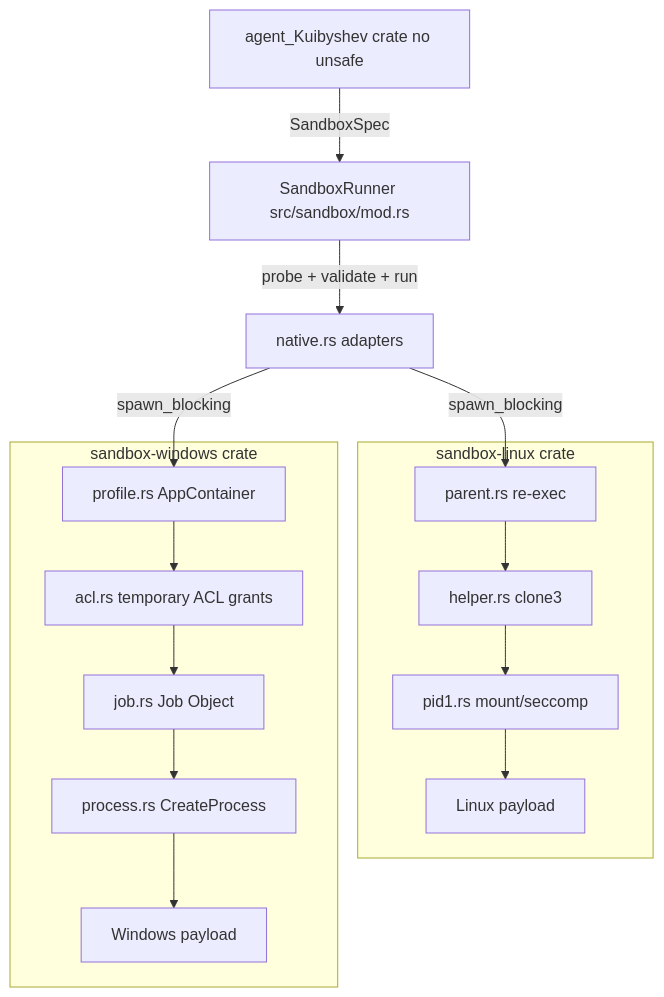
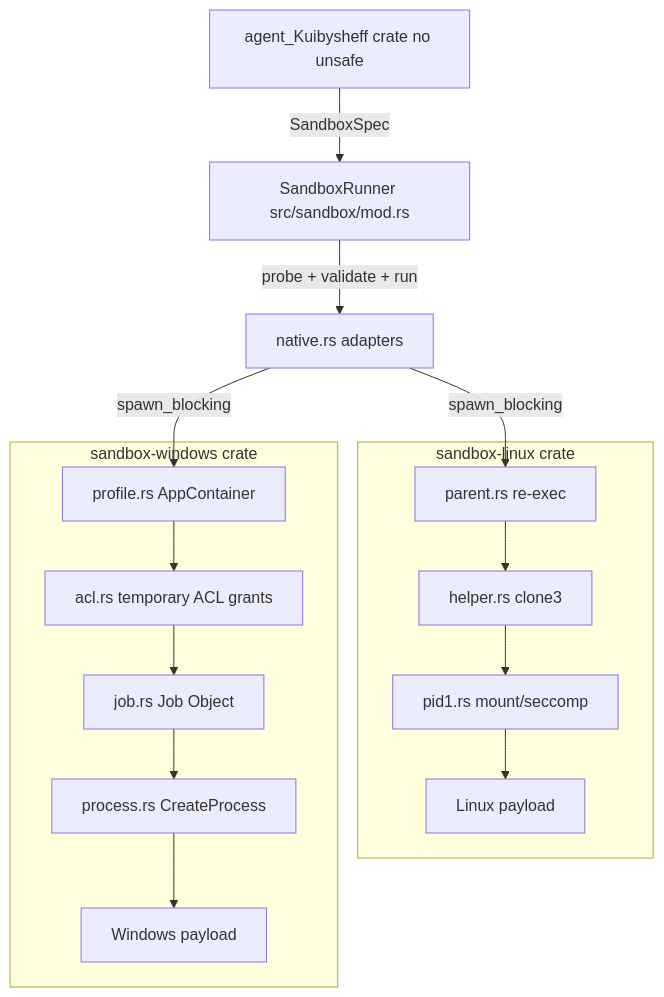
The fourth of 4 diagrams in docs/ARCHITECTURE.md (gazalievtimur/Agent-Kuibysheff), drawn with Mermaid before and after one commit. The commit also changed other lines of this file and 81 other files, not shown here.

Commit message:
Rename Kuibyshev to Kuibysheff across crate, paths, and tooling.

````diff
--- a/docs/ARCHITECTURE.md
+++ b/docs/ARCHITECTURE.md
@@ -192,33 +192,33 @@
 ```mermaid
 flowchart TD
-    AGENT[agent_Kuibyshev crate no unsafe]
+    AGENT[agent_Kuibysheff crate no unsafe]
     RUNNER[SandboxRunner src/sandbox/mod.rs]
     NATIVE[native.rs adapters]
 
     subgraph linux [sandbox-linux crate]
         PARENT[parent.rs re-exec]
         HELPER[helper.rs clone3]
         PID1[pid1.rs mount/seccomp]
         PAYLOAD[Linux payload]
     end
 
     subgraph windows [sandbox-windows crate]
         PROFILE[profile.rs AppContainer]
         ACL[acl.rs temporary ACL grants]
         JOB[job.rs Job Object]
         PROCESS[process.rs CreateProcess]
         PAYLOADW[Windows payload]
     end
 
     AGENT -->|SandboxSpec| RUNNER
     RUNNER -->|probe + validate + run| NATIVE
     NATIVE -->|spawn_blocking| PARENT
     PARENT --> HELPER
     HELPER --> PID1
     PID1 --> PAYLOAD
     NATIVE -->|spawn_blocking| PROFILE
     PROFILE --> ACL
     ACL --> JOB
     JOB --> PROCESS
     PROCESS --> PAYLOADW
 ```
````
